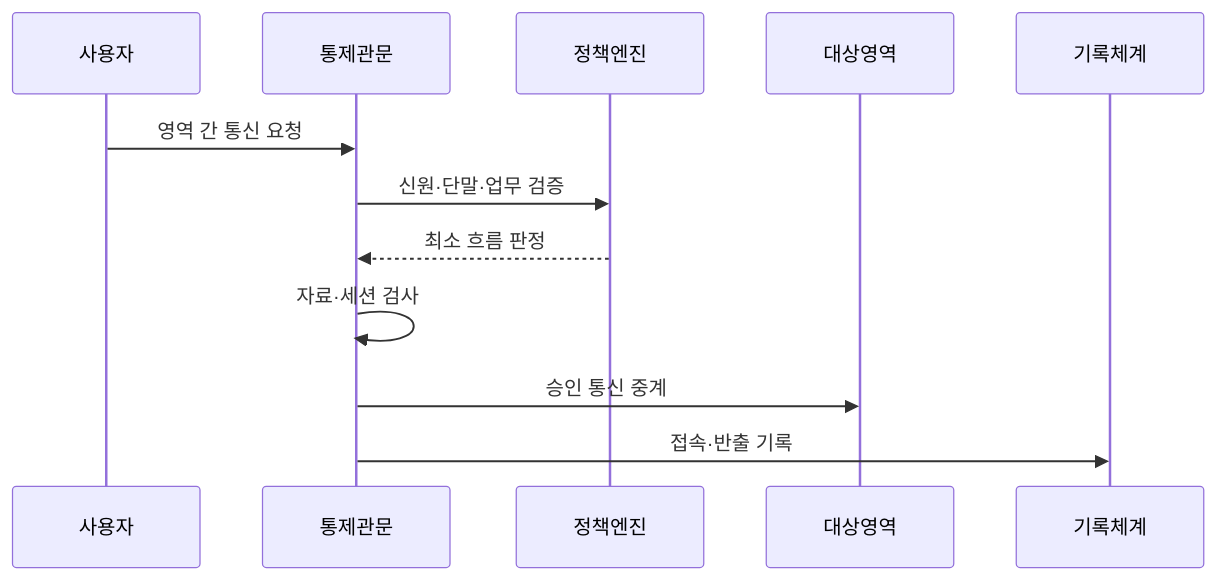
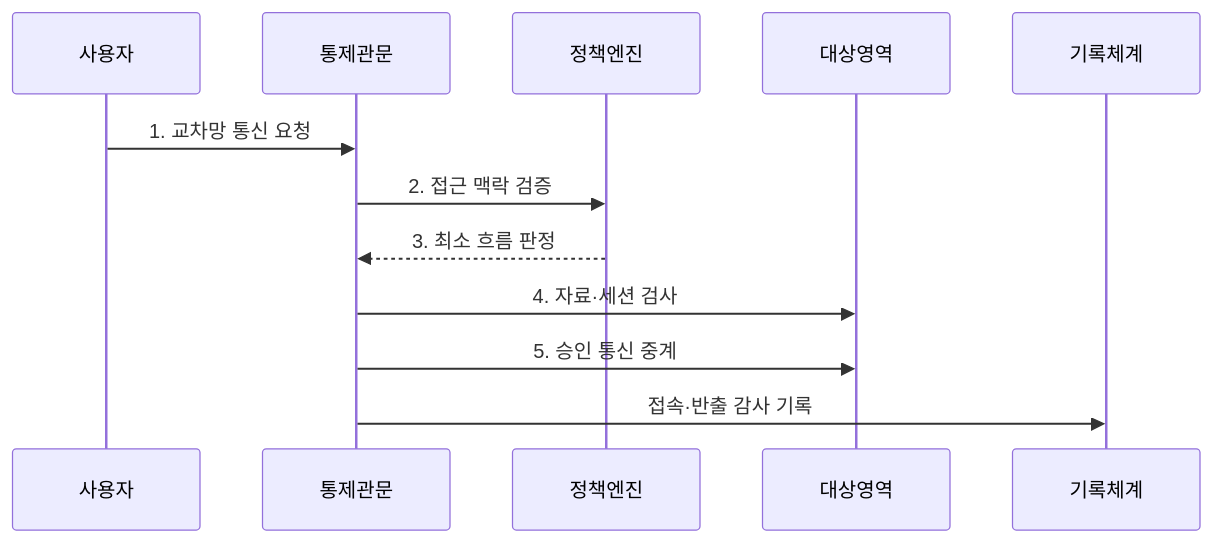
One commit to agnusdei1207/knowledge-base changed the second of 2 diagrams in src/content/docs/notes/04-network/088_network_separation.md. Above: the diagram before and after it, drawn with Mermaid. The commit also changed other lines of this file and 4 other files, not shown here.

````diff
--- a/src/content/docs/notes/04-network/088_network_separation.md
+++ b/src/content/docs/notes/04-network/088_network_separation.md
@@ -81,14 +76,14 @@
 ```mermaid
 sequenceDiagram
     participant 사용자
     participant 통제관문
     participant 정책엔진
     participant 대상영역
     participant 기록체계
-    사용자->>통제관문: 영역 간 통신 요청
-    통제관문->>정책엔진: 신원·단말·업무 검증
-    정책엔진-->>통제관문: 최소 흐름 판정
-    통제관문->>통제관문: 자료·세션 검사
-    통제관문->>대상영역: 승인 통신 중계
-    통제관문->>기록체계: 접속·반출 기록
+    사용자->>통제관문: 1. 교차망 통신 요청
+    통제관문->>정책엔진: 2. 접근 맥락 검증
+    정책엔진-->>통제관문: 3. 최소 흐름 판정
+    통제관문->>대상영역: 4. 자료·세션 검사
+    통제관문->>대상영역: 5. 승인 통신 중계
+    통제관문->>기록체계: 접속·반출 감사 기록
 ```
````
